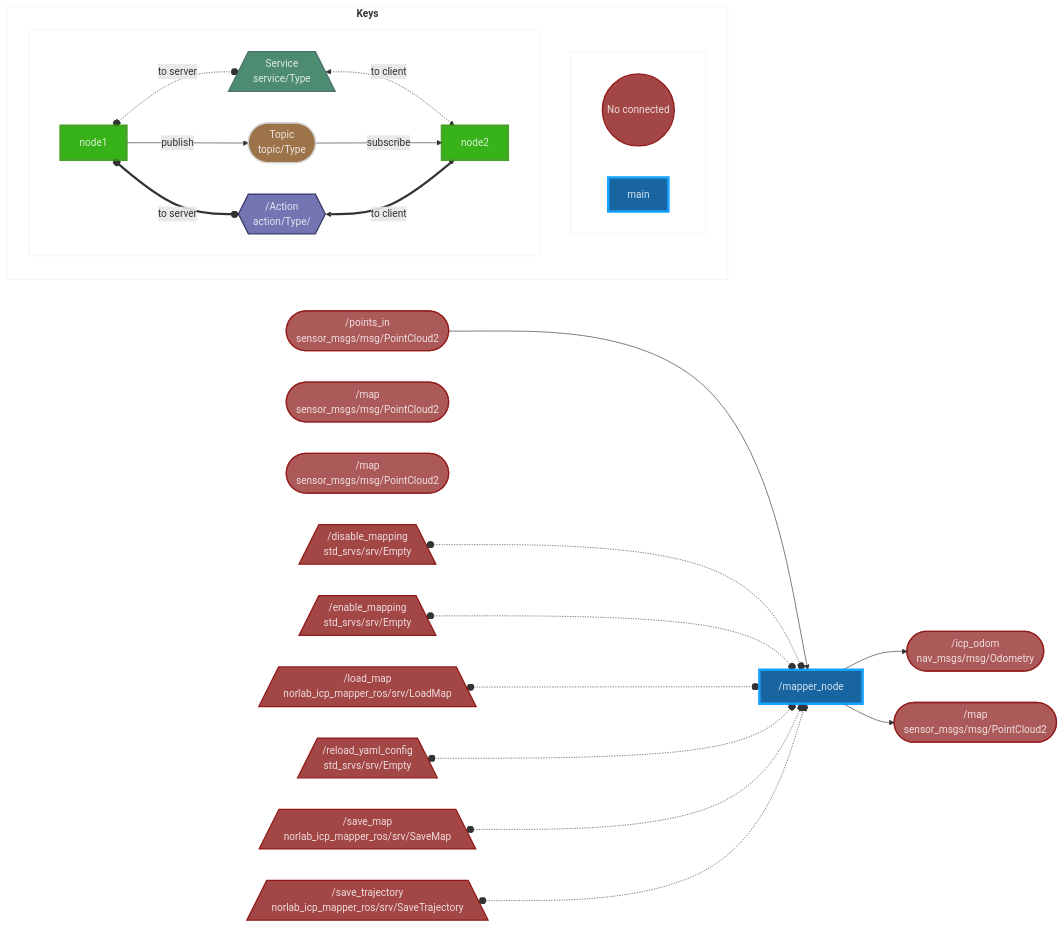
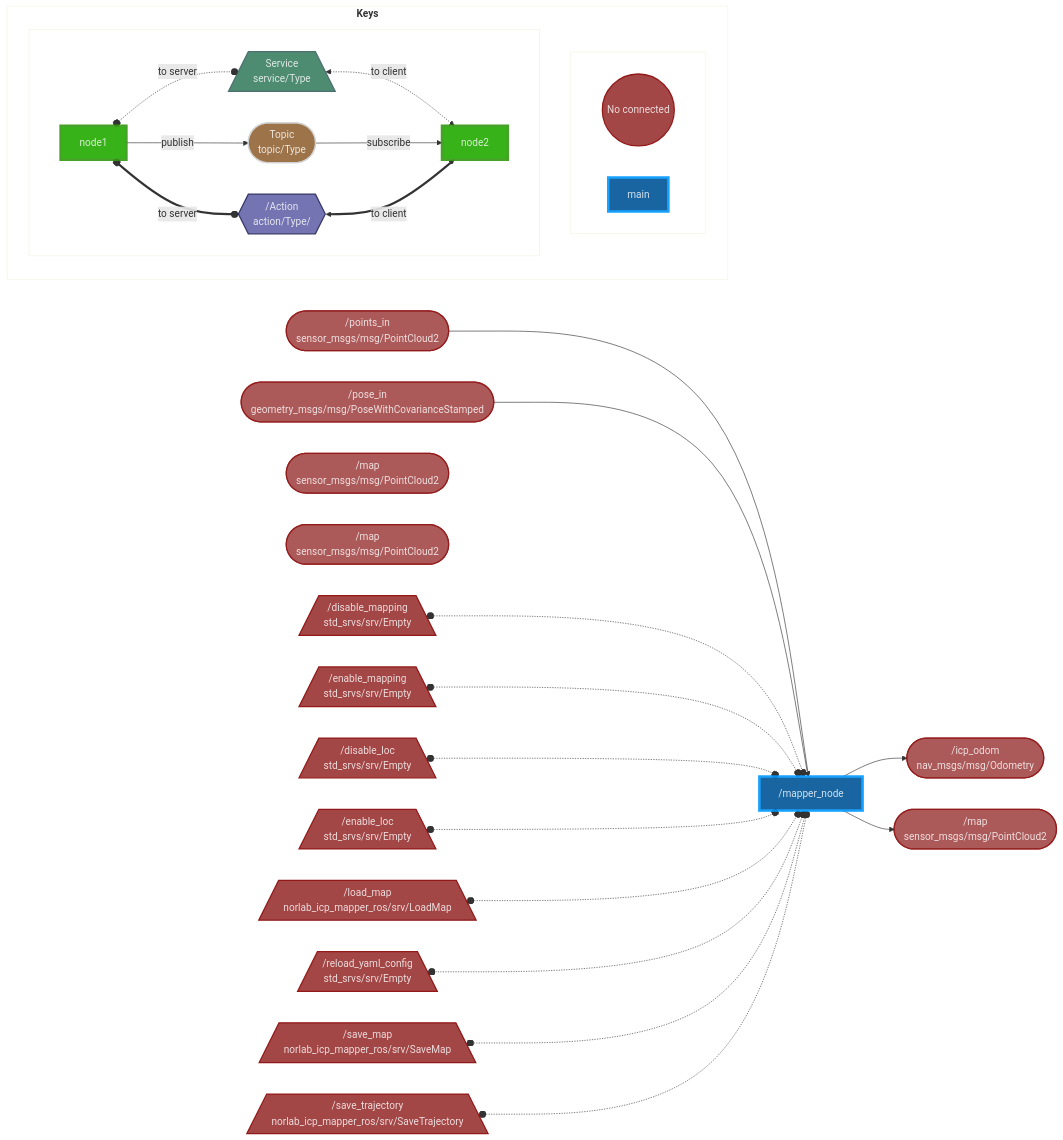
Before and after one commit to norlab-ulaval/norlab_icp_mapper_ros: the diagram in README.md, drawn with Mermaid. The commit also changed other lines of this file and 3 other files, not shown here.

````diff
--- a/README.md
+++ b/README.md
@@ -49,56 +55,62 @@
 ```mermaid
 flowchart LR
 
 /mapper_node[ /mapper_node ]:::main
 
 /points_in([ /points_in<br>sensor_msgs/msg/PointCloud2 ]):::bugged
+/pose_in([ /pose_in<br>geometry_msgs/msg/PoseWithCovarianceStamped ]):::bugged
 /icp_odom([ /icp_odom<br>nav_msgs/msg/Odometry ]):::bugged
 /map([ /map<br>sensor_msgs/msg/PointCloud2 ]):::bugged
 /scan_after_input_filters([ /map<br>sensor_msgs/msg/PointCloud2 ]):::bugged
 /scan_after_deskew([ /map<br>sensor_msgs/msg/PointCloud2 ]):::bugged
 /disable_mapping[/ /disable_mapping<br>std_srvs/srv/Empty \]:::bugged
 /enable_mapping[/ /enable_mapping<br>std_srvs/srv/Empty \]:::bugged
+/disable_loc[/ /disable_loc<br>std_srvs/srv/Empty \]:::bugged
+/enable_loc[/ /enable_loc<br>std_srvs/srv/Empty \]:::bugged
 /load_map[/ /load_map<br>norlab_icp_mapper_ros/srv/LoadMap \]:::bugged
 /reload_yaml_config[/ /reload_yaml_config<br>std_srvs/srv/Empty \]:::bugged
 /save_map[/ /save_map<br>norlab_icp_mapper_ros/srv/SaveMap \]:::bugged
 /save_trajectory[/ /save_trajectory<br>norlab_icp_mapper_ros/srv/SaveTrajectory \]:::bugged
 
 /points_in --> /mapper_node
+/pose_in --> /mapper_node
 /mapper_node --> /icp_odom
 /mapper_node --> /map
 /disable_mapping o-.-o /mapper_node
 /enable_mapping o-.-o /mapper_node
+/disable_loc o-.-o /mapper_node
+/enable_loc o-.-o /mapper_node
 /load_map o-.-o /mapper_node
 /reload_yaml_config o-.-o /mapper_node
 /save_map o-.-o /mapper_node
 /save_trajectory o-.-o /mapper_node
 
 
 
 subgraph keys[<b>Keys<b/>]
 subgraph nodes[<b><b/>]
 topicb((No connected)):::bugged
 main_node[main]:::main
 end
 subgraph connection[<b><b/>]
 node1[node1]:::node
 node2[node2]:::node
 node1 o-.-o|to server| service[/Service<br>service/Type\]:::service
 service <-.->|to client| node2
 node1 -->|publish| topic([Topic<br>topic/Type]):::topic
 topic -->|subscribe| node2
 node1 o==o|to server| action{{/Action<br>action/Type/}}:::action
 action <==>|to client| node2
 end
 end
 classDef node opacity:0.9,fill:#2A0,stroke:#391,stroke-width:4px,color:#fff
 classDef action opacity:0.9,fill:#66A,stroke:#225,stroke-width:2px,color:#fff
 classDef service opacity:0.9,fill:#3B8062,stroke:#3B6062,stroke-width:2px,color:#fff
 classDef topic opacity:0.9,fill:#852,stroke:#CCC,stroke-width:2px,color:#fff
 classDef main opacity:0.9,fill:#059,stroke:#09F,stroke-width:4px,color:#fff
 classDef bugged opacity:0.9,fill:#933,stroke:#800,stroke-width:2px,color:#fff
 style keys opacity:0.15,fill:#FFF
 style nodes opacity:0.15,fill:#FFF
 style connection opacity:0.15,fill:#FFF
 
 ```
````
